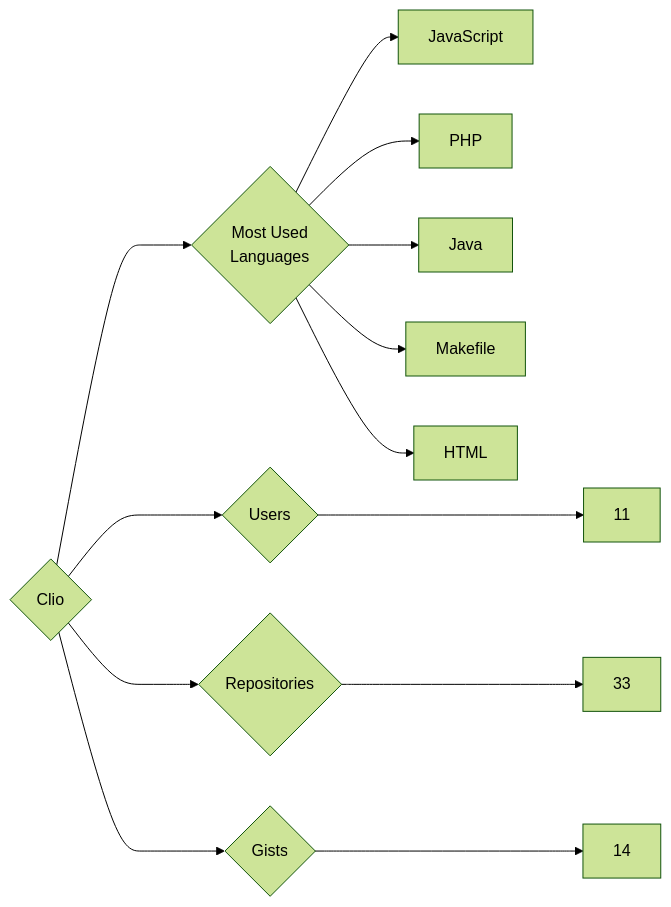
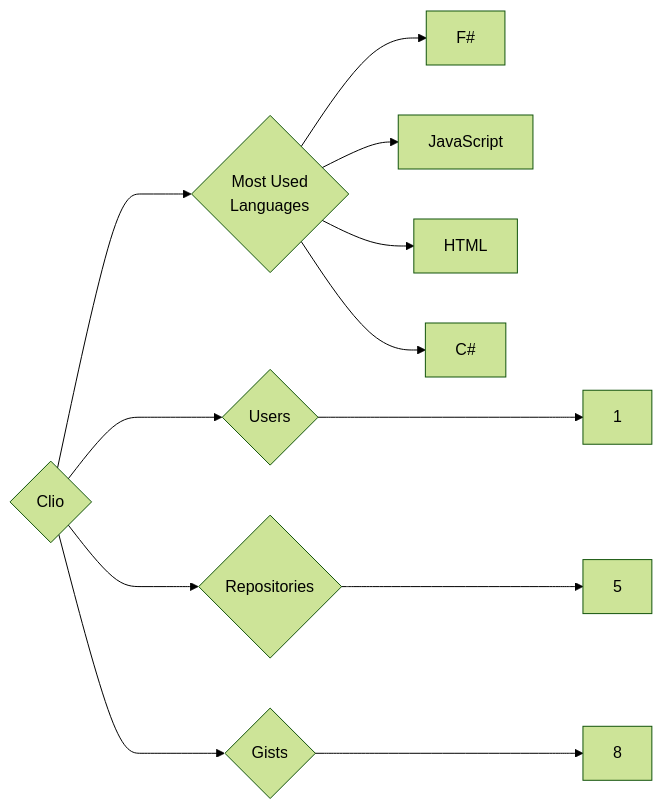
One commit to trickest/insiders changed the diagram in targets/Clio/README.md. Above: the diagram before and after it, drawn with Mermaid (forest theme). The commit also changed 1167 other files, not shown here.

````diff
--- a/targets/Clio/README.md
+++ b/targets/Clio/README.md
@@ -3,13 +3,12 @@
 ```mermaid
 graph LR
 COMPANY_NAME{Clio}
-COMPANY_NAME ---> U{Users} ---> UN[11]
-COMPANY_NAME ---> R{Repositories} ---> RN[33]
-COMPANY_NAME ---> G{Gists} ---> GN[14]
+COMPANY_NAME ---> U{Users} ---> UN[1]
+COMPANY_NAME ---> R{Repositories} ---> RN[5]
+COMPANY_NAME ---> G{Gists} ---> GN[8]
 COMPANY_NAME ---> ML{Most Used<br>Languages}
+ML --> F#[F#]
 ML --> JavaScript[JavaScript]
-ML --> PHP[PHP]
-ML --> Java[Java]
-ML --> Makefile[Makefile]
 ML --> HTML[HTML]
+ML --> C#[C#]
 ```
````
